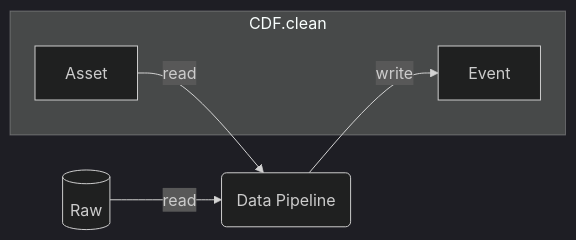
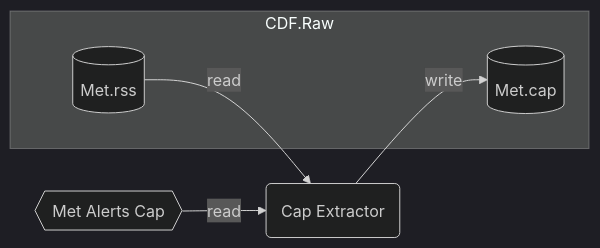
The diagram in 22-met-alerts-cap-extractor/README.md (cognitedata/cdf-sdk-java-examples), drawn with Mermaid (dark theme) before and after one commit. The commit also changed other lines of this file and 2 other files, not shown here.

````diff
--- a/22-met-alerts-cap-extractor/README.md
+++ b/22-met-alerts-cap-extractor/README.md
@@ -13,10 +18,10 @@
 ```mermaid
 flowchart LR
-    A[(Raw)] -->|read| B(Data Pipeline)
-    subgraph CDF.clean
-        C[Event]
-        D[Asset]
+    subgraph CDF.Raw
+        A[(Met.rss)]
+        B[(Met.cap)]
     end
-    B -->|write| C
-    D -->|read| B
+    A -->|read| C(Cap Extractor)
+    D{{Met Alerts Cap}} -->|read| C
+    C -->|write| B
 ```
````
